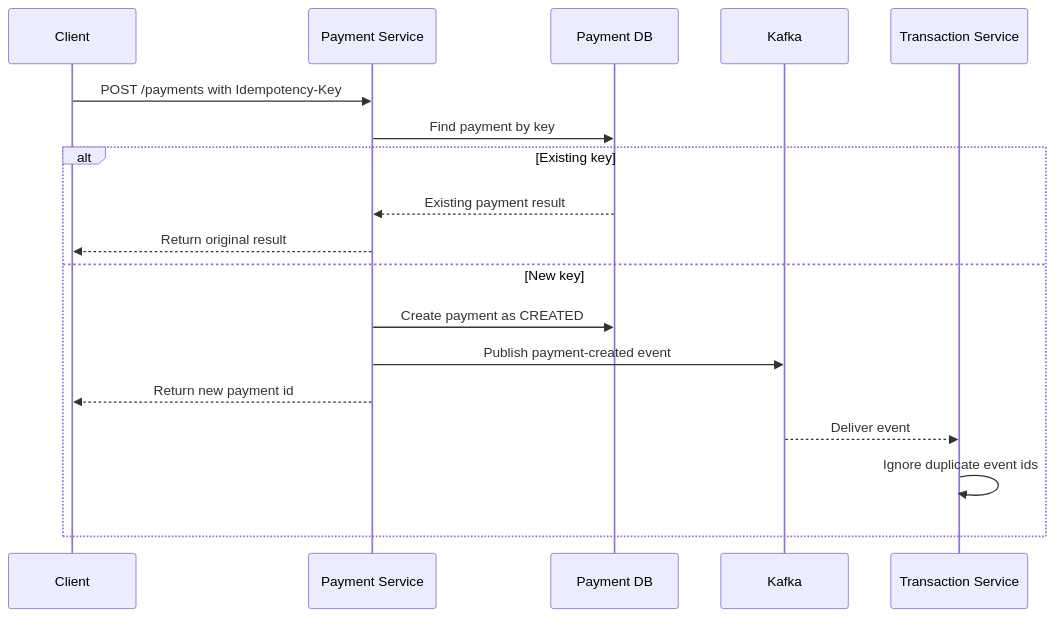
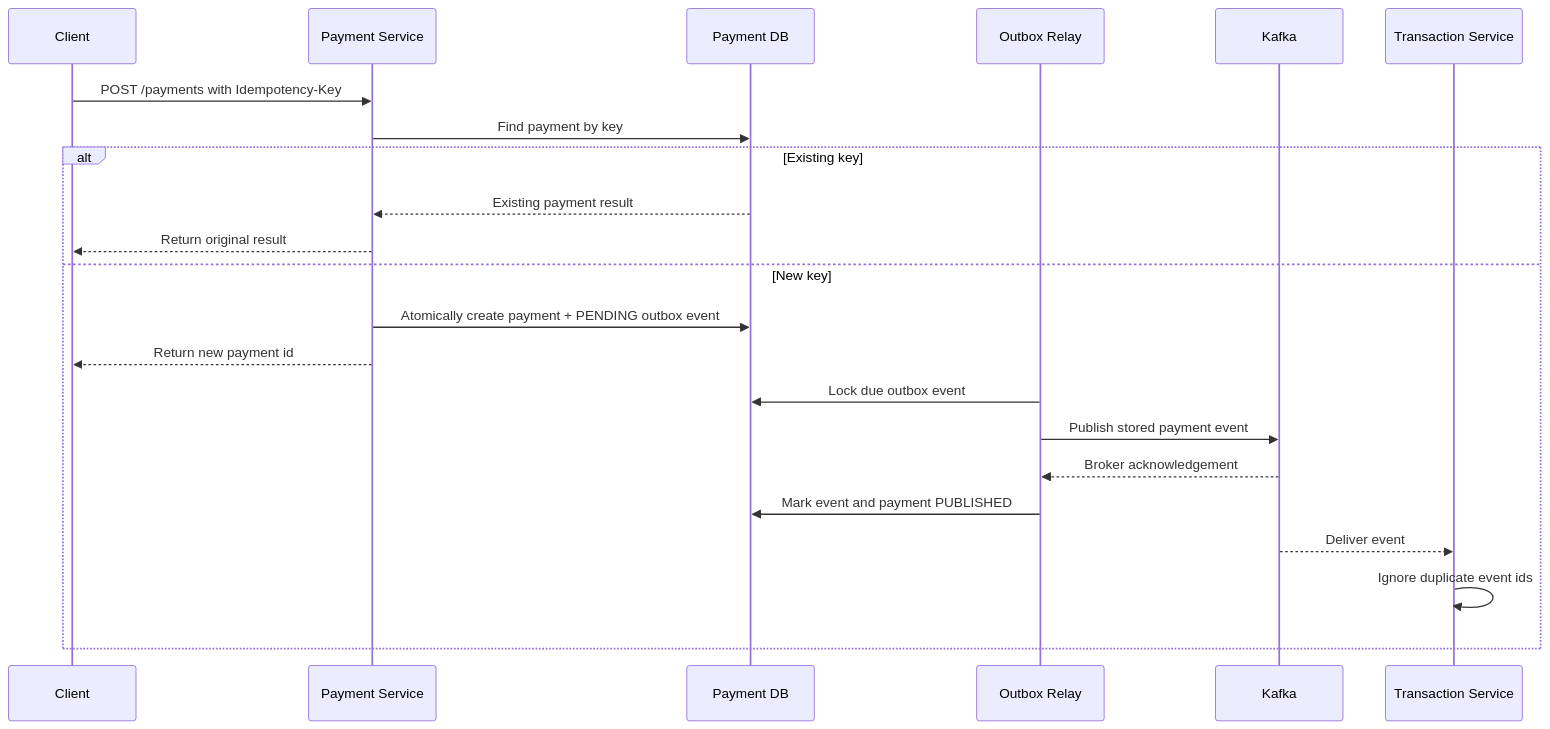
One commit to J4vedskh/finbank-microservices-lab changed the diagram in docs/resilience.md. Above: the diagram before and after it, drawn with Mermaid. The commit also changed other lines of this file and 24 other files, not shown here.

Commit message:
Add transactional payment outbox (#15)

````diff
--- a/docs/resilience.md
+++ b/docs/resilience.md
@@ -19,21 +19,25 @@
 ```mermaid
 sequenceDiagram
     participant Client
     participant Payments as Payment Service
     participant Store as Payment DB
+    participant Relay as Outbox Relay
     participant Kafka as Kafka
     participant Ledger as Transaction Service
 
     Client->>Payments: POST /payments with Idempotency-Key
     Payments->>Store: Find payment by key
     alt Existing key
         Store-->>Payments: Existing payment result
         Payments-->>Client: Return original result
     else New key
-        Payments->>Store: Create payment as CREATED
-        Payments->>Kafka: Publish payment-created event
+        Payments->>Store: Atomically create payment + PENDING outbox event
         Payments-->>Client: Return new payment id
+        Relay->>Store: Lock due outbox event
+        Relay->>Kafka: Publish stored payment event
+        Kafka-->>Relay: Broker acknowledgement
+        Relay->>Store: Mark event and payment PUBLISHED
         Kafka-->>Ledger: Deliver event
         Ledger->>Ledger: Ignore duplicate event ids
     end
 ```
````
